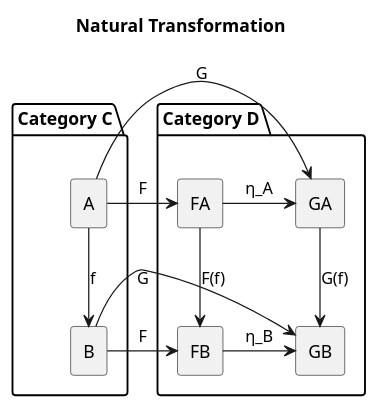
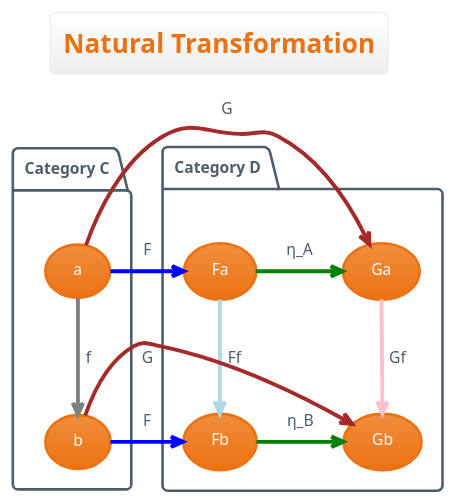
One commit to mavaji/free-monad changed the diagram in docs/02-nt.md. Above: the diagram before and after it, drawn with PlantUML. The commit also changed 9 other files, not shown here.

Commit message:
Update diagrams

````diff
--- a/docs/02-nt.md
+++ b/docs/02-nt.md
@@ -1,33 +1,35 @@
 ```plantuml
 @startuml
+!theme aws-orange
+skinparam defaultFontName "Gabriele Black Ribbon FG"
 title Natural Transformation
 
 package "Category C" {
-  rectangle A
-  rectangle B
-  A --> B : f
+  (a)
+  (b)
+  a -[#gray]-> b : f
 }
 
 package "Category D" {
-  rectangle FA
-  rectangle FB
-  rectangle GA
-  rectangle GB
-  FA --> FB : "F(f)"
-  GA --> GB : "G(f)"
+  (Fa)
+  (Fb)
+  (Ga)
+  (Gb)
+  Fa -[#lightblue]-> Fb : Ff
+  Ga -[#pink]-> Gb : Gf
 }
 
 ' Functor F mappings
-A -r--> FA : F
-B -r--> FB : F
+a -r[#blue]-> Fa : F
+b -r[#blue]-> Fb : F
 
 ' Functor G mappings
-A -r--> GA : G
-B -r--> GB : G
+a -r[#brown]-> Ga : G
+b -r[#brown]-> Gb : G
 
 ' Natural transformation
-FA -r--> GA : η_A
-FB -r--> GB : η_B
+Fa -r[#green]-> Ga : η_A
+Fb -r[#green]-> Gb : η_B
 
 @enduml
 ```
````
